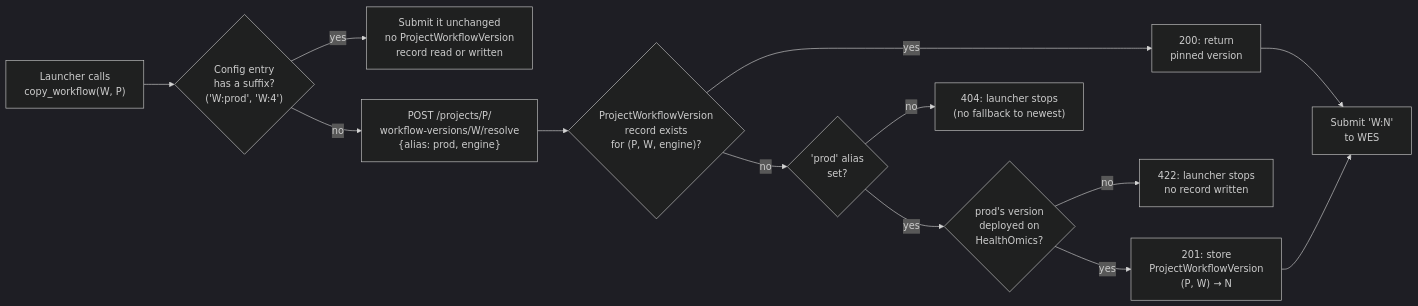
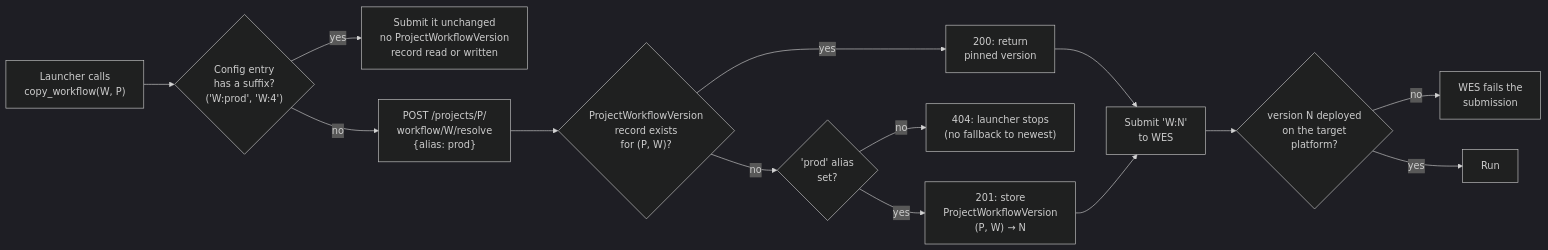
The fourth of 9 diagrams in docs/WORKFLOWS_AND_PIPELINES.md (NGS360/APIServer), drawn with Mermaid (dark theme) before and after one commit. The commit also changed other lines of this file and 6 other files, not shown here.

Commit message:
take out engine from project workflow version table

````diff
--- a/docs/WORKFLOWS_AND_PIPELINES.md
+++ b/docs/WORKFLOWS_AND_PIPELINES.md
@@ -126,15 +126,16 @@
 ```mermaid
 %%{init: {"flowchart": {"wrappingWidth": 400}}}%%
 flowchart LR
     START["Launcher calls<br/>copy_workflow(W, P)"] --> EXP{"Config entry<br/>has a suffix?<br/>('W:prod', 'W:4')"}
     EXP -- yes --> USE["Submit it unchanged<br/>no ProjectWorkflowVersion<br/>record read or written"]
-    EXP -- no --> CALL["POST /projects/P/<br/>workflow-versions/W/resolve<br/>{alias: prod, engine}"]
-    CALL --> HAS{"ProjectWorkflowVersion<br/>record exists<br/>for (P, W, engine)?"}
+    EXP -- no --> CALL["POST /projects/P/<br/>workflow/W/resolve<br/>{alias: prod}"]
+    CALL --> HAS{"ProjectWorkflowVersion<br/>record exists<br/>for (P, W)?"}
     HAS -- yes --> OLD["200: return<br/>pinned version"]
     HAS -- no --> PROD{"'prod' alias<br/>set?"}
     PROD -- no --> F404["404: launcher stops<br/>(no fallback to newest)"]
-    PROD -- yes --> DEPL{"prod's version<br/>deployed on<br/>HealthOmics?"}
-    DEPL -- no --> F422["422: launcher stops<br/>no record written"]
-    DEPL -- yes --> NEW["201: store<br/>ProjectWorkflowVersion<br/>(P, W) → N"]
+    PROD -- yes --> NEW["201: store<br/>ProjectWorkflowVersion<br/>(P, W) → N"]
     OLD & NEW --> SUB["Submit 'W:N'<br/>to WES"]
+    SUB --> DEPL{"version N deployed<br/>on the target<br/>platform?"}
+    DEPL -- no --> FSUB["WES fails the<br/>submission"]
+    DEPL -- yes --> RUN["Run"]
 ```
````
